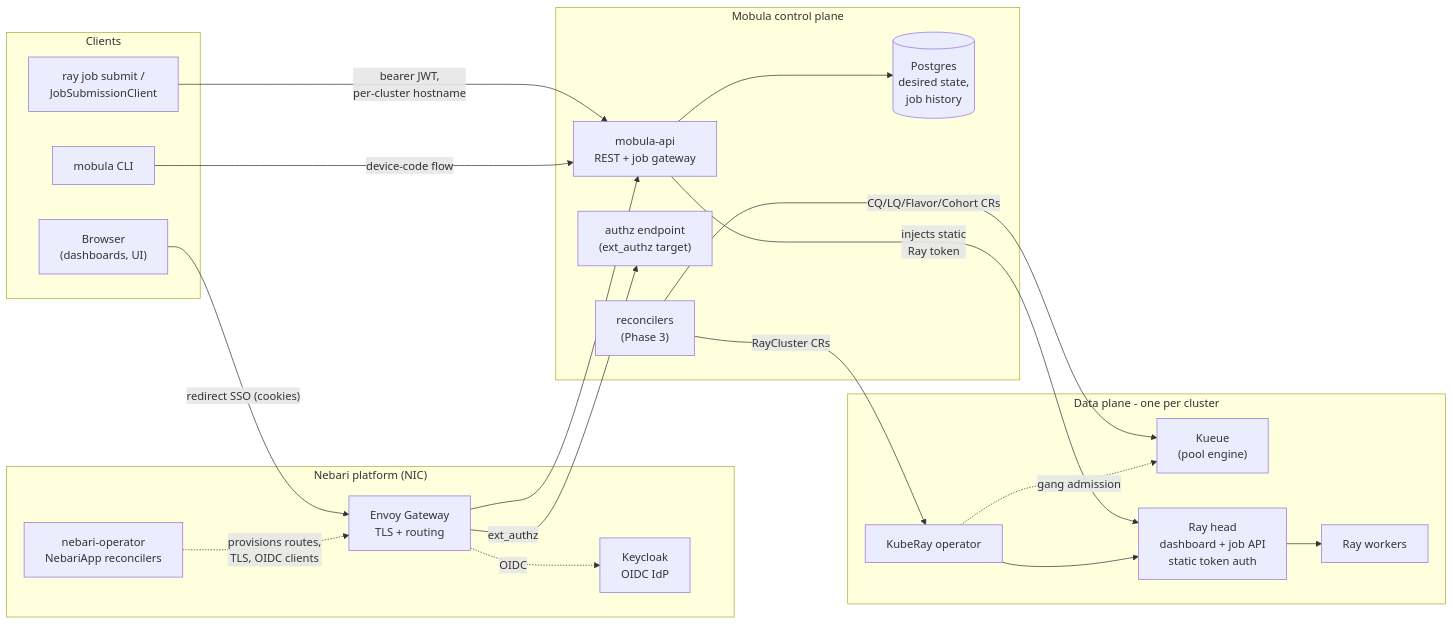
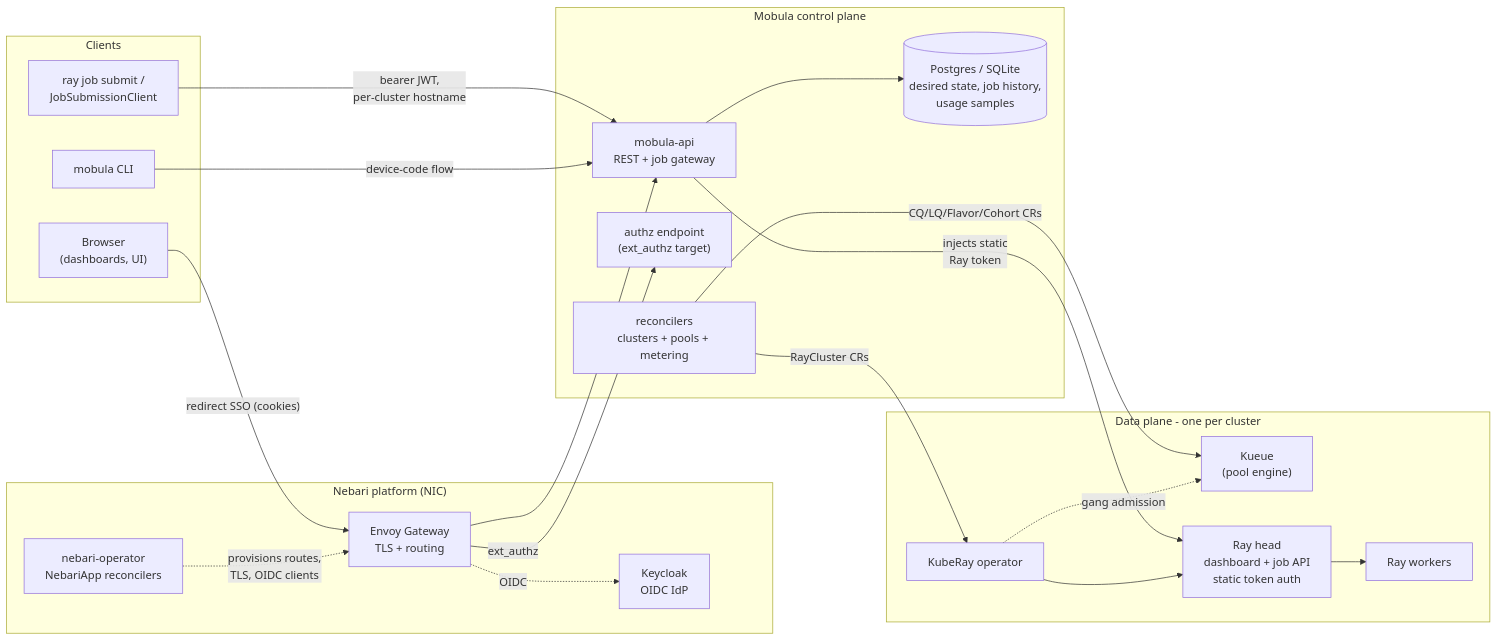
Before and after one commit to brandonrc/mobula: the first of 9 diagrams in docs/ARCHITECTURE.md, drawn with Mermaid. The commit also changed other lines of this file and 2 other files, not shown here.

First line of the commit message:
docs: architecture diagrams for pools, identity, scaling layers, attribution

````diff
--- a/docs/ARCHITECTURE.md
+++ b/docs/ARCHITECTURE.md
@@ -13,43 +13,43 @@
 ```mermaid
 flowchart LR
     subgraph clients [Clients]
         browser["Browser<br/>(dashboards, UI)"]
         rayjob["ray job submit /<br/>JobSubmissionClient"]
         cli["mobula CLI"]
     end
 
     subgraph platform ["Nebari platform (NIC)"]
         envoy["Envoy Gateway<br/>TLS + routing"]
         keycloak["Keycloak<br/>OIDC IdP"]
         operator["nebari-operator<br/>NebariApp reconcilers"]
     end
 
     subgraph mobula [Mobula control plane]
         api["mobula-api<br/>REST + job gateway"]
         authz["authz endpoint<br/>(ext_authz target)"]
-        recon["reconcilers<br/>(Phase 3)"]
-        db[("Postgres<br/>desired state,<br/>job history")]
+        recon["reconcilers<br/>clusters + pools + metering"]
+        db[("Postgres / SQLite<br/>desired state, job history,<br/>usage samples")]
     end
 
     subgraph dataplane [Data plane - one per cluster]
         kuberay["KubeRay operator"]
         kueue["Kueue<br/>(pool engine)"]
         head["Ray head<br/>dashboard + job API<br/>static token auth"]
         workers["Ray workers"]
     end
 
     browser -->|"redirect SSO (cookies)"| envoy
     envoy -->|ext_authz| authz
     envoy --> api
     envoy -.->|OIDC| keycloak
     operator -.->|"provisions routes,<br/>TLS, OIDC clients"| envoy
     rayjob -->|"bearer JWT,<br/>per-cluster hostname"| api
     cli -->|device-code flow| api
     api -->|"injects static<br/>Ray token"| head
     api --> db
     recon -->|RayCluster CRs| kuberay
     recon -->|CQ/LQ/Flavor/Cohort CRs| kueue
     kuberay -.->|gang admission| kueue
     kuberay --> head
     head --> workers
 ```
````
